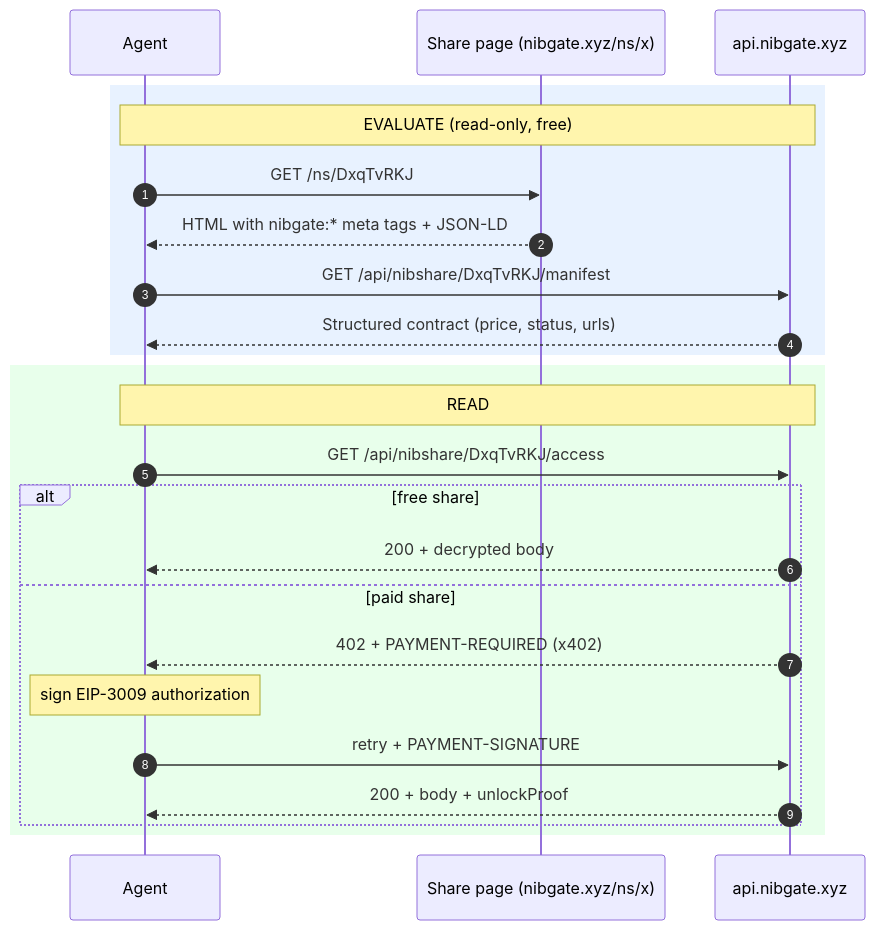
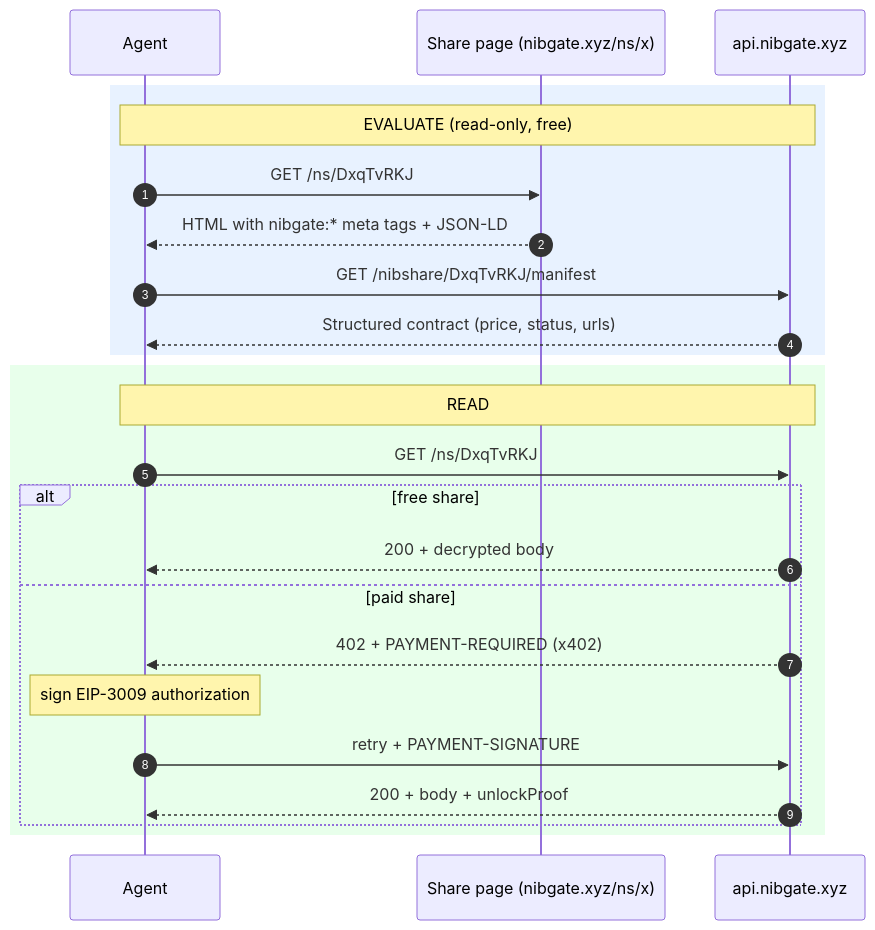
Before and after one commit to fortunesayspump/nibgate: the diagram in docs/src/app/nibshare/agent-flow/page.mdx, drawn with Mermaid. The commit also changed other lines of this file and 55 other files, not shown here.

````diff
--- a/docs/src/app/nibshare/agent-flow/page.mdx
+++ b/docs/src/app/nibshare/agent-flow/page.mdx
@@ -7,28 +7,28 @@
 ```mermaid
 sequenceDiagram
     autonumber
     participant A as Agent
     participant P as Share page (nibgate.xyz/ns/x)
     participant API as api.nibgate.xyz
 
     rect rgb(232, 242, 255)
     Note over A,API: EVALUATE (read-only, free)
     A->>P: GET /ns/DxqTvRKJ
     P-->>A: HTML with nibgate:* meta tags + JSON-LD
-    A->>API: GET /api/nibshare/DxqTvRKJ/manifest
+    A->>API: GET /nibshare/DxqTvRKJ/manifest
     API-->>A: Structured contract (price, status, urls)
     end
 
     rect rgb(232, 255, 235)
     Note over A,API: READ
-    A->>API: GET /api/nibshare/DxqTvRKJ/access
+    A->>API: GET /ns/DxqTvRKJ
     alt free share
         API-->>A: 200 + decrypted body
     else paid share
         API-->>A: 402 + PAYMENT-REQUIRED (x402)
         Note over A: sign EIP-3009 authorization
         A->>API: retry + PAYMENT-SIGNATURE
         API-->>A: 200 + body + unlockProof
     end
     end
 ```
````
